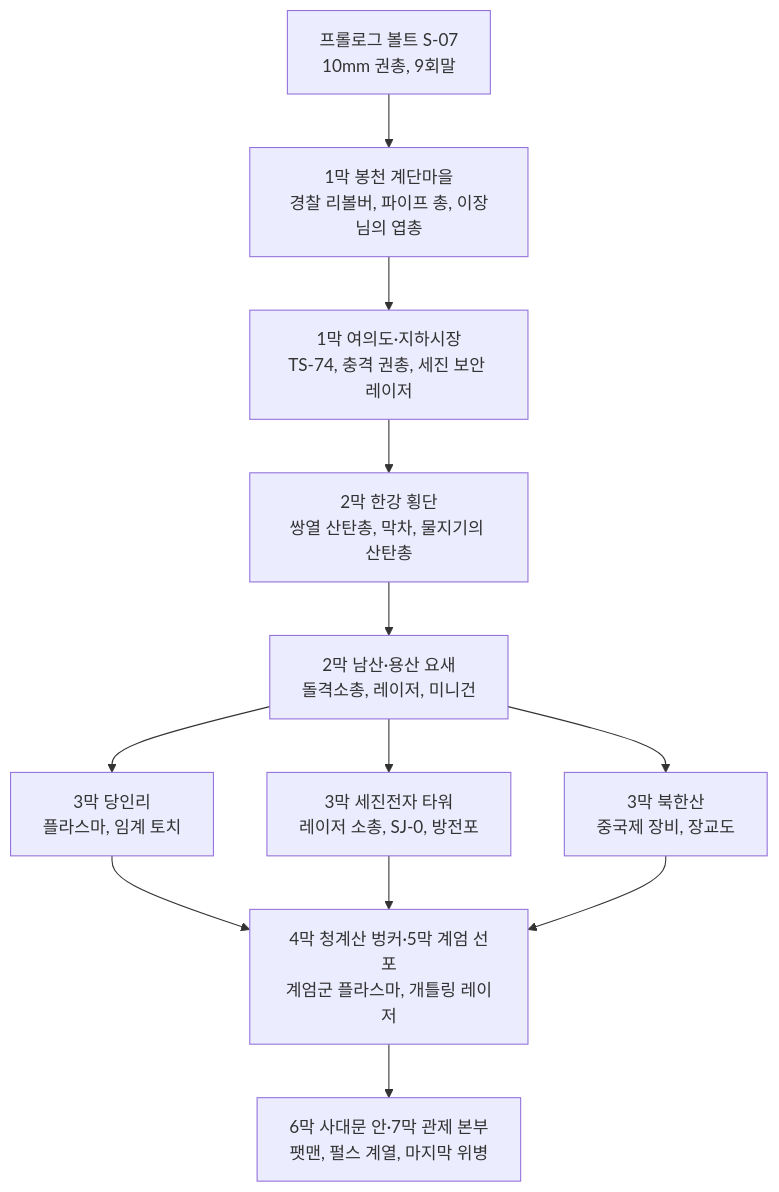
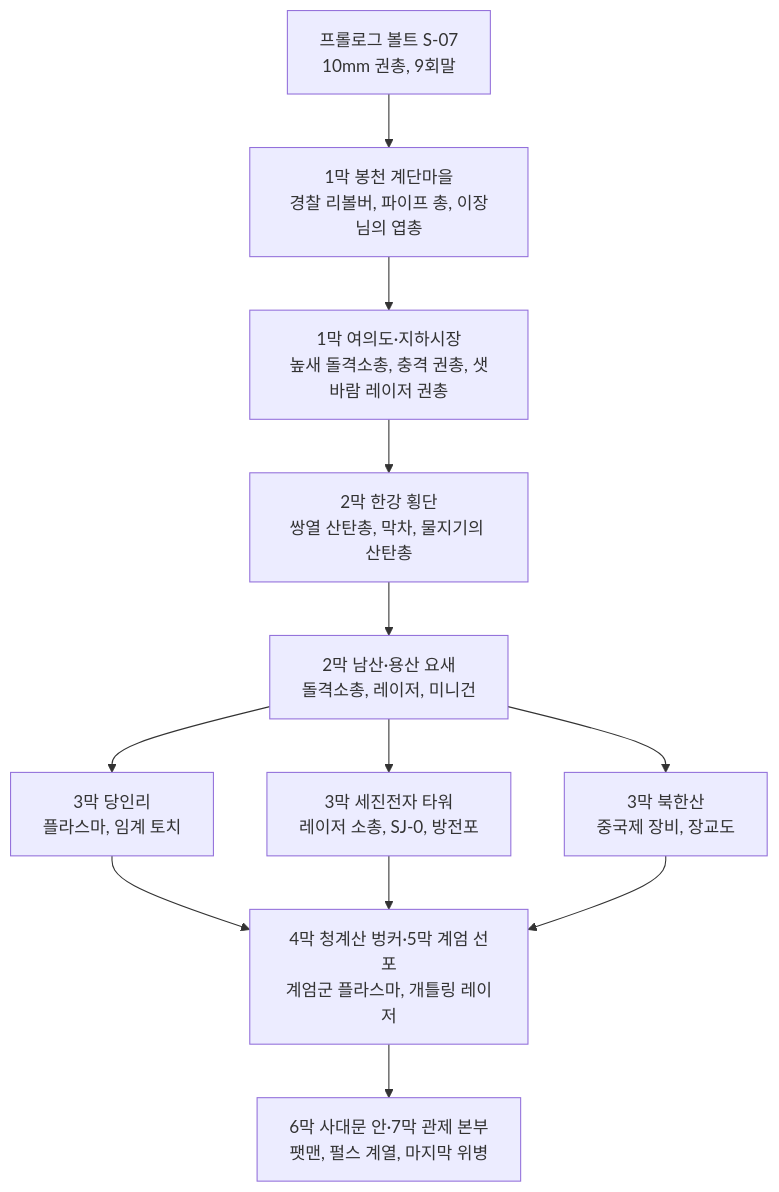
Before and after one commit to forsurvive/003: the second of 5 diagrams in docs/seoul-fallout/13_items.md, drawn with Mermaid. The commit also changed other lines of this file and 3 other files, not shown here.

````diff
--- a/docs/seoul-fallout/13_items.md
+++ b/docs/seoul-fallout/13_items.md
@@ -402,14 +421,14 @@
 ```mermaid
 flowchart TD
   V["프롤로그 볼트 S-07<br/>10mm 권총, 9회말"] --> B1["1막 봉천 계단마을<br/>경찰 리볼버, 파이프 총, 이장님의 엽총"]
-  B1 --> Y["1막 여의도·지하시장<br/>TS-74, 충격 권총, 세진 보안 레이저"]
+  B1 --> Y["1막 여의도·지하시장<br/>높새 돌격소총, 충격 권총, 샛바람 레이저 권총"]
   Y --> N["2막 한강 횡단<br/>쌍열 산탄총, 막차, 물지기의 산탄총"]
   N --> U["2막 남산·용산 요새<br/>돌격소총, 레이저, 미니건"]
   U --> D1["3막 당인리<br/>플라스마, 임계 토치"]
   U --> D2["3막 세진전자 타워<br/>레이저 소총, SJ-0, 방전포"]
   U --> D3["3막 북한산<br/>중국제 장비, 장교도"]
   D1 --> C["4막 청계산 벙커·5막 계엄 선포<br/>계엄군 플라스마, 개틀링 레이저"]
   D2 --> C
   D3 --> C
   C --> G["6막 사대문 안·7막 관제 본부<br/>팻맨, 펄스 계열, 마지막 위병"]
 ```
````
